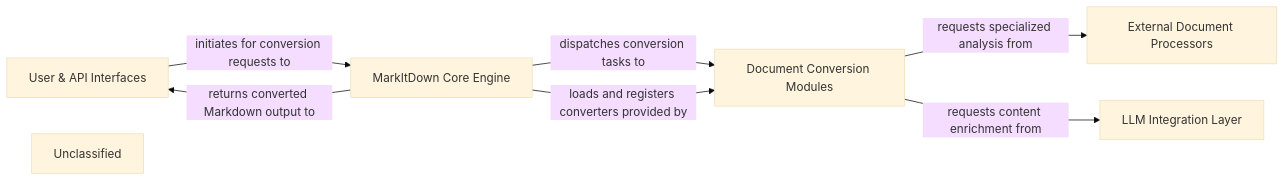
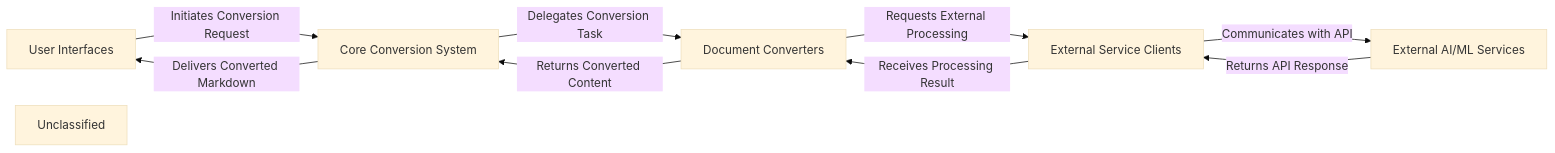
One commit to CodeBoarding/GeneratedOnBoardings changed the diagram in markitdown/on_boarding.md. Above: the diagram before and after it, drawn with Mermaid (base theme). The commit also changed other lines of this file, not shown here.

````diff
--- a/markitdown/on_boarding.md
+++ b/markitdown/on_boarding.md
@@ -1,15 +1,17 @@
 ```mermaid
 graph LR
-    User_API_Interfaces["User & API Interfaces"]
-    MarkItDown_Core_Engine["MarkItDown Core Engine"]
-    Document_Conversion_Modules["Document Conversion Modules"]
-    External_Document_Processors["External Document Processors"]
-    LLM_Integration_Layer["LLM Integration Layer"]
+    User_Interfaces["User Interfaces"]
+    Core_Conversion_System["Core Conversion System"]
+    Document_Converters["Document Converters"]
+    External_Service_Clients["External Service Clients"]
+    External_AI_ML_Services["External AI/ML Services"]
     Unclassified["Unclassified"]
-    User_API_Interfaces -- "initiates for conversion requests to" --> MarkItDown_Core_Engine
-    MarkItDown_Core_Engine -- "dispatches conversion tasks to" --> Document_Conversion_Modules
-    MarkItDown_Core_Engine -- "loads and registers converters provided by" --> Document_Conversion_Modules
-    Document_Conversion_Modules -- "requests specialized analysis from" --> External_Document_Processors
-    Document_Conversion_Modules -- "requests content enrichment from" --> LLM_Integration_Layer
-    MarkItDown_Core_Engine -- "returns converted Markdown output to" --> User_API_Interfaces
+    User_Interfaces -- "Initiates Conversion Request" --> Core_Conversion_System
+    Core_Conversion_System -- "Delegates Conversion Task" --> Document_Converters
+    Document_Converters -- "Requests External Processing" --> External_Service_Clients
+    External_Service_Clients -- "Communicates with API" --> External_AI_ML_Services
+    External_AI_ML_Services -- "Returns API Response" --> External_Service_Clients
+    External_Service_Clients -- "Receives Processing Result" --> Document_Converters
+    Document_Converters -- "Returns Converted Content" --> Core_Conversion_System
+    Core_Conversion_System -- "Delivers Converted Markdown" --> User_Interfaces
 ```
````
